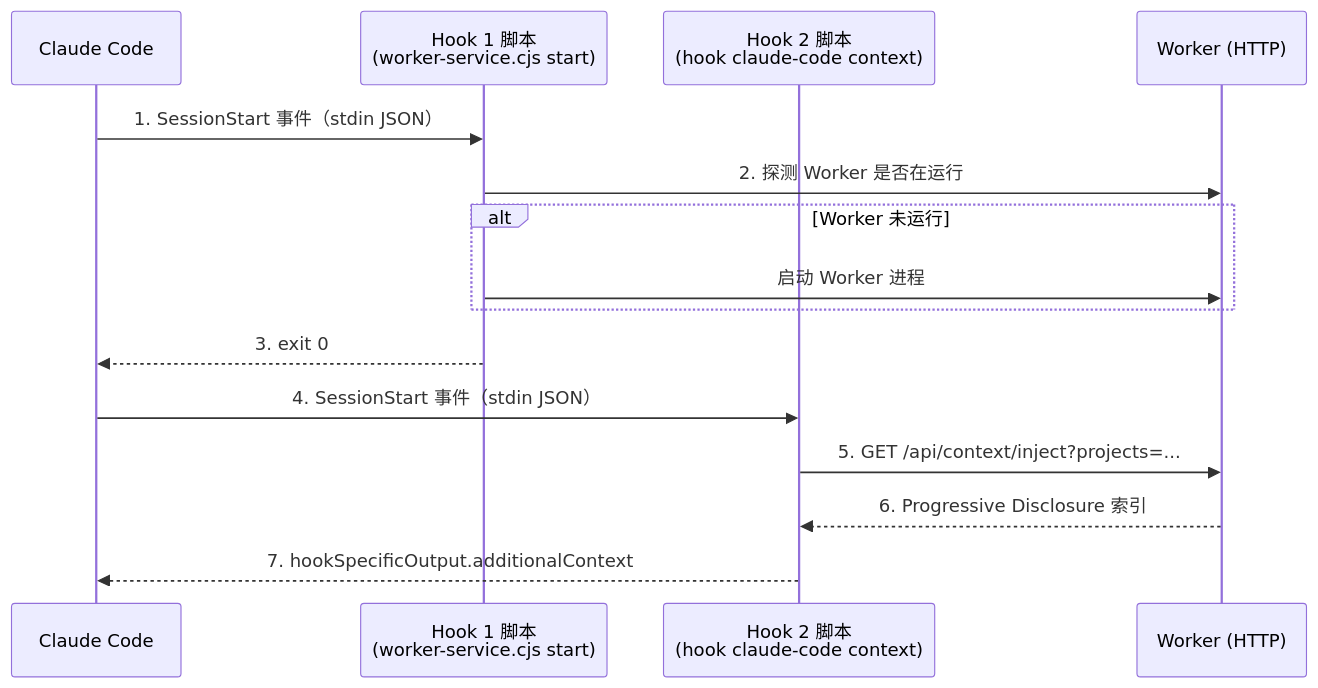
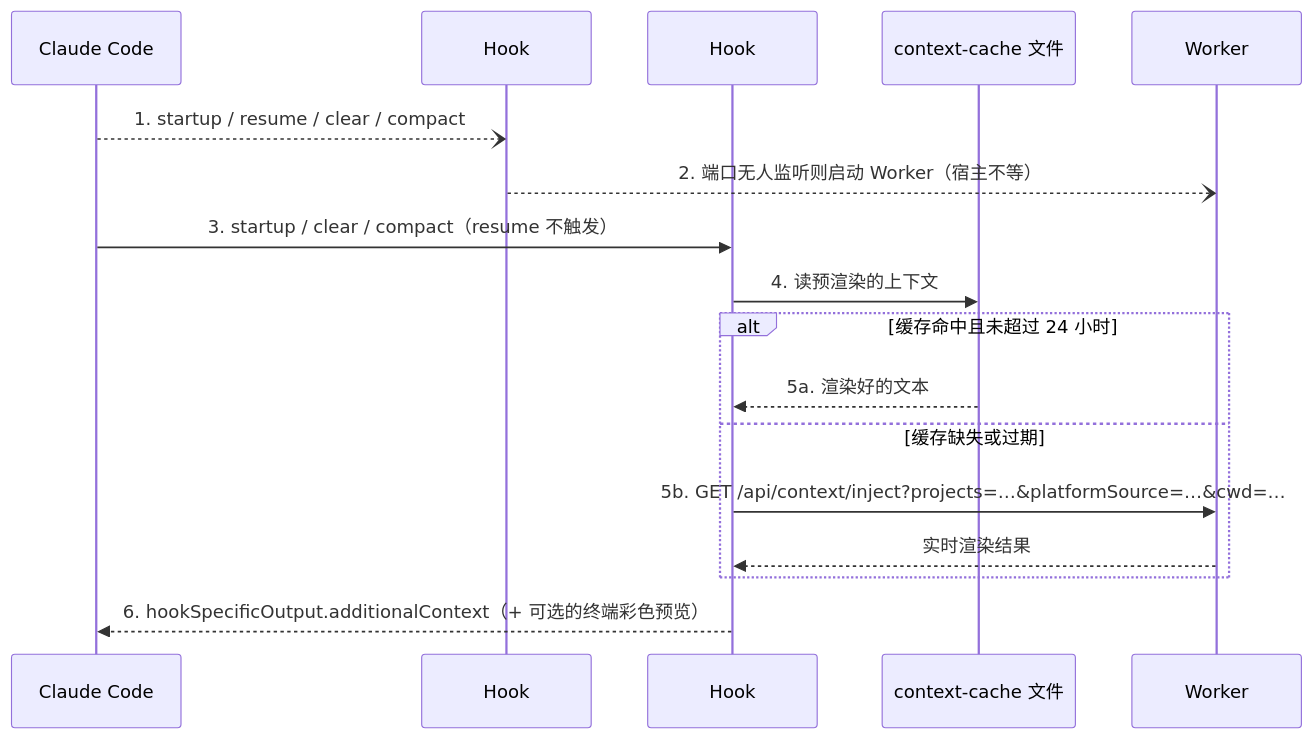
The first of 2 diagrams in 02-architecture/ch05-hook-lifecycle/README.md (diguike/book-claude-mem), drawn with Mermaid before and after one commit. The commit also changed other lines of this file and 155 other files, not shown here.

````diff
--- a/02-architecture/ch05-hook-lifecycle/README.md
+++ b/02-architecture/ch05-hook-lifecycle/README.md
@@ -104,18 +136,20 @@
 ```mermaid
 sequenceDiagram
     participant CC as Claude Code
-    participant H1 as Hook 1 脚本<br/>(worker-service.cjs start)
-    participant H2 as Hook 2 脚本<br/>(hook claude-code context)
-    participant W as Worker (HTTP)
+    participant H1 as Hook #1<br/>worker-service.cjs start（async）
+    participant H2 as Hook #2<br/>hook claude-code context
+    participant CX as context-cache 文件
+    participant W as Worker
 
-    CC->>H1: 1. SessionStart 事件（stdin JSON）
-    H1->>W: 2. 探测 Worker 是否在运行
-    alt Worker 未运行
-        H1->>W: 启动 Worker 进程
+    CC--)H1: 1. startup / resume / clear / compact
+    H1--)W: 2. 端口无人监听则启动 Worker（宿主不等）
+    CC->>H2: 3. startup / clear / compact（resume 不触发）
+    H2->>CX: 4. 读预渲染的上下文
+    alt 缓存命中且未超过 24 小时
+        CX-->>H2: 5a. 渲染好的文本
+    else 缓存缺失或过期
+        H2->>W: 5b. GET /api/context/inject?projects=…&platformSource=…&cwd=…
+        W-->>H2: 实时渲染结果
     end
-    H1-->>CC: 3. exit 0
-    CC->>H2: 4. SessionStart 事件（stdin JSON）
-    H2->>W: 5. GET /api/context/inject?projects=...
-    W-->>H2: 6. Progressive Disclosure 索引
-    H2-->>CC: 7. hookSpecificOutput.additionalContext
+    H2-->>CC: 6. hookSpecificOutput.additionalContext（+ 可选的终端彩色预览）
 ```
````
